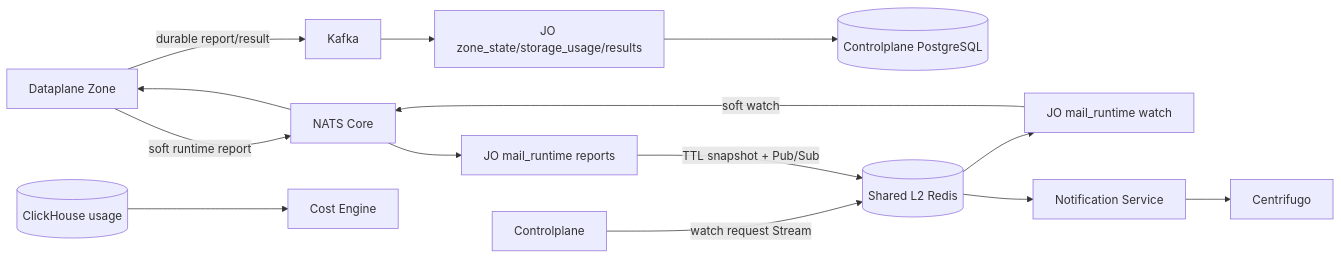
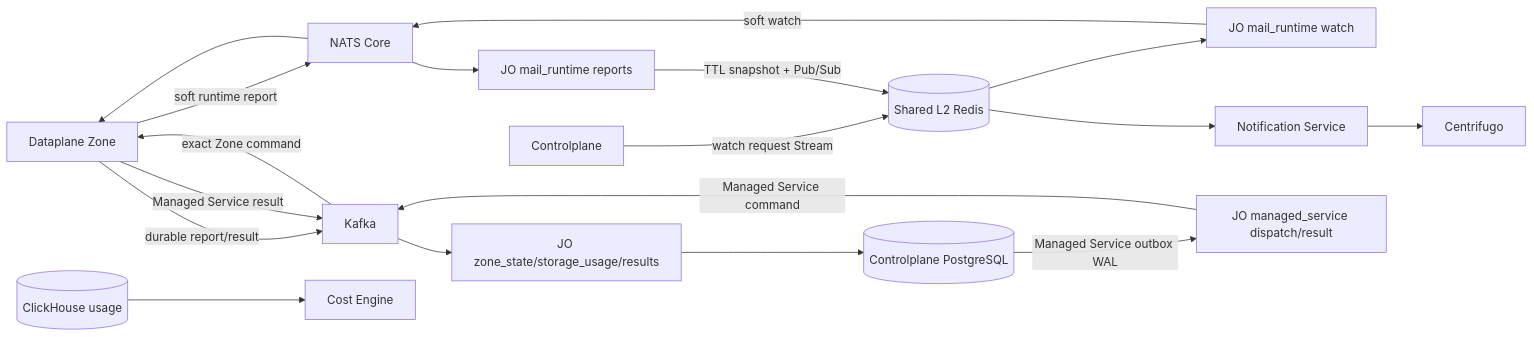
The diagram in god_view/job_orchestrator/runtime_workers_god_view.md (phucle996/aurora), drawn with Mermaid before and after one commit. The commit also changed other lines of this file and 165 other files, not shown here.

Commit message:
feat: implement managed service module with domain entities, repositories, services, and API handlers

````diff
--- a/god_view/job_orchestrator/runtime_workers_god_view.md
+++ b/god_view/job_orchestrator/runtime_workers_god_view.md
@@ -22,18 +23,23 @@
 ```mermaid
 flowchart LR
     DP[Dataplane Zone] -->|durable report/result| K[Kafka]
     K --> ZS[JO zone_state/storage_usage/results]
     ZS --> PG[(Controlplane PostgreSQL)]
 
     CP[Controlplane] -->|watch request Stream| R[(Shared L2 Redis)]
     R --> MW[JO mail_runtime watch]
     MW -->|soft watch| N[NATS Core]
     N --> DP
     DP -->|soft runtime report| N
     N --> MR[JO mail_runtime reports]
     MR -->|TTL snapshot + Pub/Sub| R
     R --> NS[Notification Service]
     NS --> C[Centrifugo]
 
+    PG -->|Managed Service outbox WAL| MSJ[JO managed_service dispatch/result]
+    MSJ -->|Managed Service command| K
+    K -->|exact Zone command| DP
+    DP -->|Managed Service result| K
+
     CH[(ClickHouse usage)] --> CE[Cost Engine]
 ```
````
